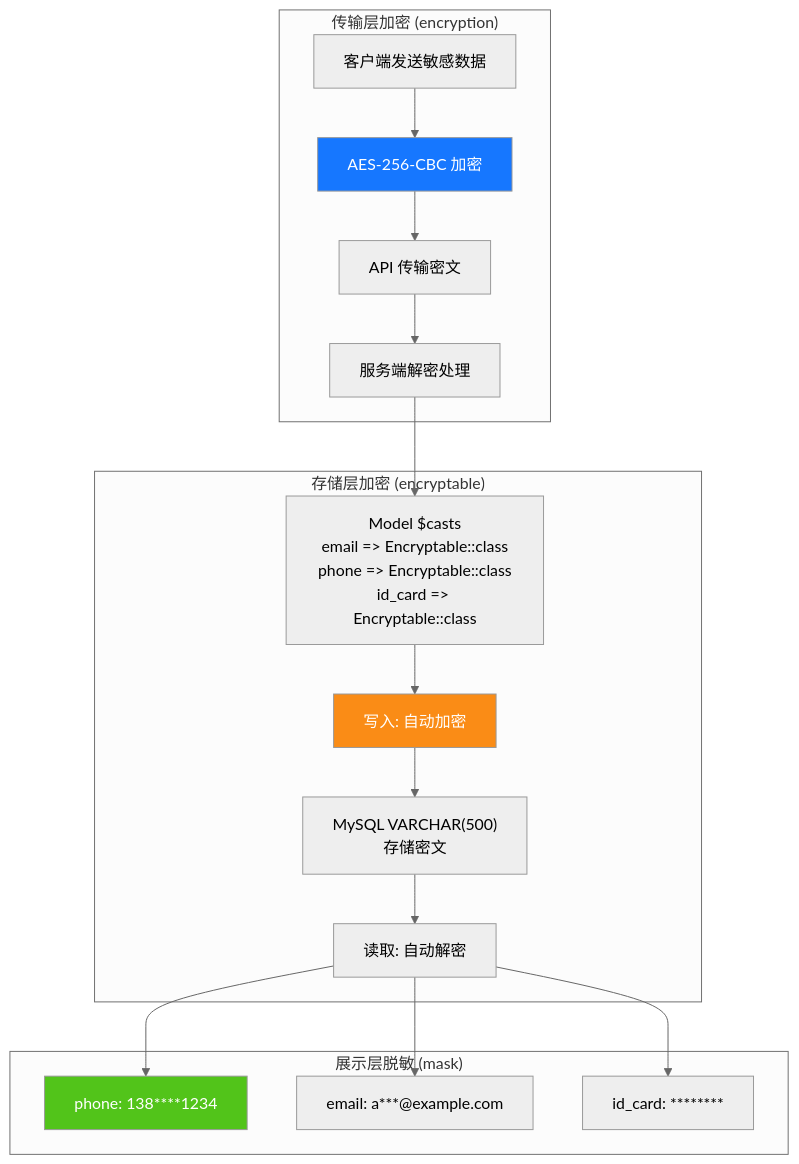
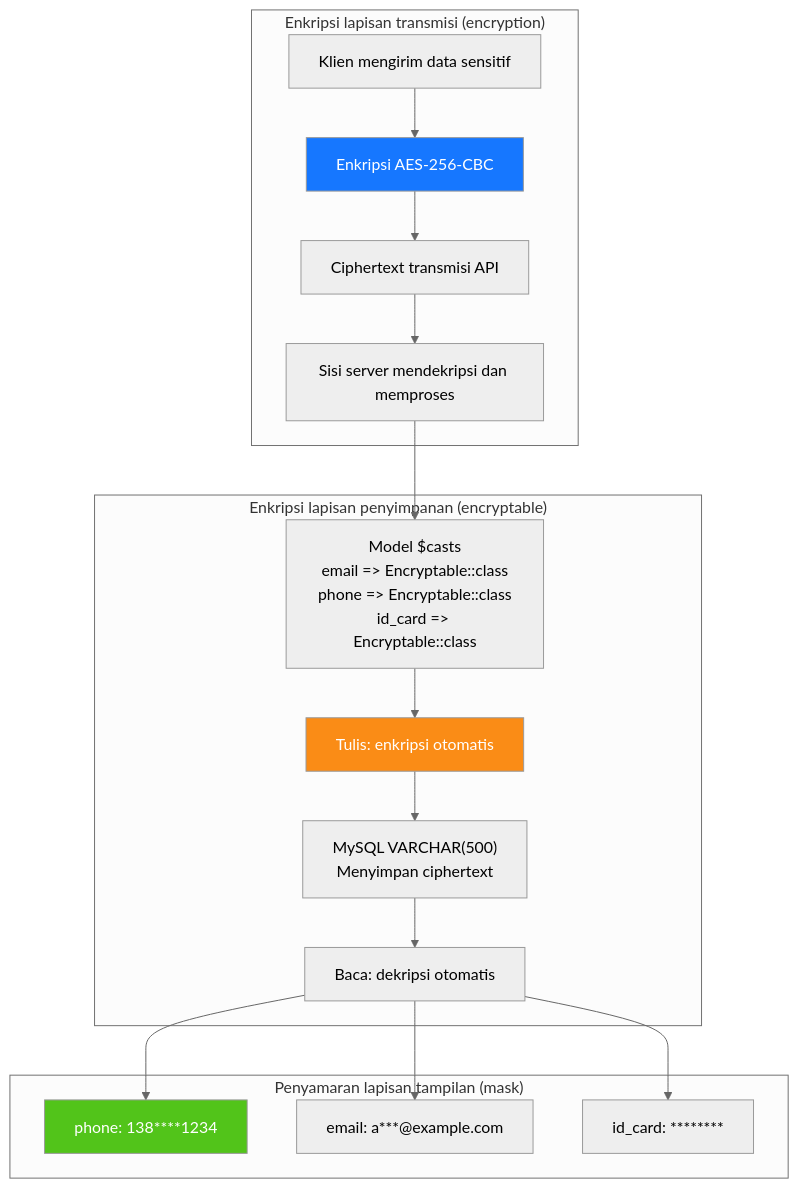
One commit to erikwang2013/game-platform-php changed the eighth of 14 diagrams in admin/docs/ARCHITECTURE.id.md. Above: the diagram before and after it, drawn with Mermaid (neutral theme). The commit also changed other lines of this file and 211 other files, not shown here.

First line of the commit message:
fix: 支付配置读回类型根治、提现事件对账巡检，12 语族 mermaid 与 API 标签本地化

````diff
--- a/admin/docs/ARCHITECTURE.id.md
+++ b/admin/docs/ARCHITECTURE.id.md
@@ -397,31 +397,31 @@
 ```mermaid
 flowchart TB
-    subgraph "传输层加密 (encryption)"
-        E1["客户端发送敏感数据"]
-        E2["AES-256-CBC 加密"]
-        E3["API 传输密文"]
-        E4["服务端解密处理"]
+    subgraph "Enkripsi lapisan transmisi (encryption)"
+        E1["Klien mengirim data sensitif"]
+        E2["Enkripsi AES-256-CBC"]
+        E3["Ciphertext transmisi API"]
+        E4["Sisi server mendekripsi dan memproses"]
         E1 --> E2 --> E3 --> E4
     end
 
-    subgraph "存储层加密 (encryptable)"
+    subgraph "Enkripsi lapisan penyimpanan (encryptable)"
         D1["Model $casts<br/>email => Encryptable::class<br/>phone => Encryptable::class<br/>id_card => Encryptable::class"]
-        D2["写入: 自动加密"]
-        D3["MySQL VARCHAR(500)<br/>存储密文"]
-        D4["读取: 自动解密"]
+        D2["Tulis: enkripsi otomatis"]
+        D3["MySQL VARCHAR(500)<br/>Menyimpan ciphertext"]
+        D4["Baca: dekripsi otomatis"]
         D1 --> D2 --> D3 --> D4
     end
 
-    subgraph "展示层脱敏 (mask)"
+    subgraph "Penyamaran lapisan tampilan (mask)"
         M1["phone: 138****1234"]
         M2["email: a***@example.com"]
         M3["id_card: ********"]
         D4 --> M1 & M2 & M3
     end
 
     E4 --> D1
 
     style E2 fill:#1677FF,color:#fff
     style D2 fill:#FA8C16,color:#fff
     style M1 fill:#52C41A,color:#fff
 ```
````
